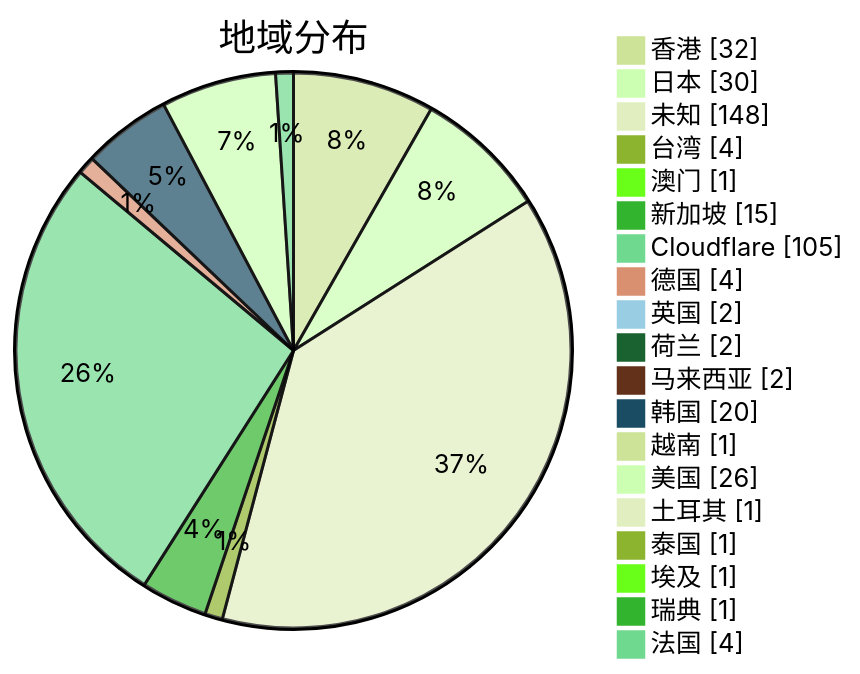
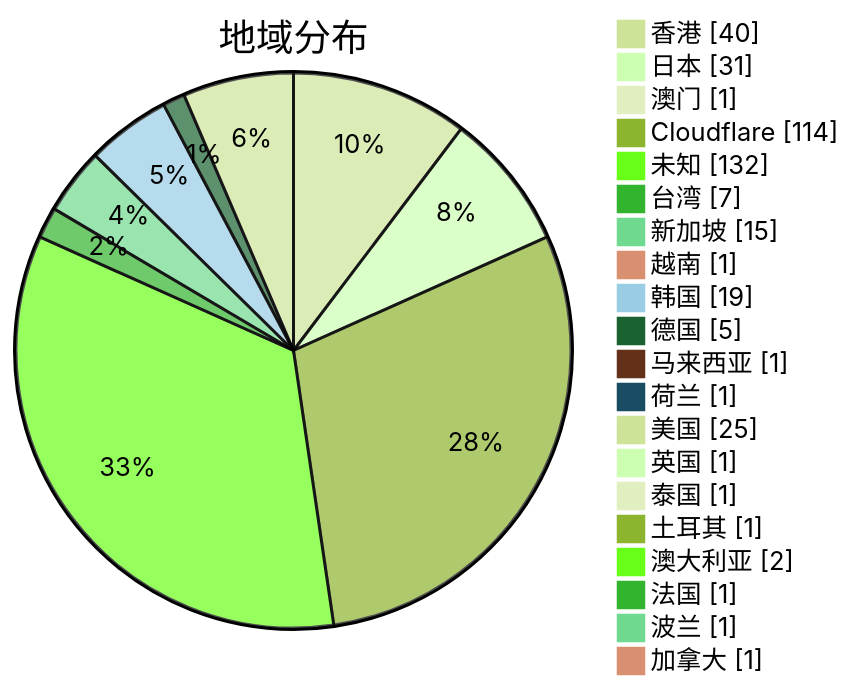
Before and after one commit to qjlxg/airport: the second of 3 diagrams in subs/statistics/tested_within.md, drawn with Mermaid (forest theme). The commit also changed other lines of this file and 2 other files, not shown here.

Commit message:
Tested by metaST

````diff
--- a/subs/statistics/tested_within.md
+++ b/subs/statistics/tested_within.md
@@ -13,23 +13,24 @@
 ```mermaid
 pie showData
 title 地域分布
-"香港" : 32
-"日本" : 30
-"未知" : 148
-"台湾" : 4
+"香港" : 40
+"日本" : 31
 "澳门" : 1
+"Cloudflare" : 114
+"未知" : 132
+"台湾" : 7
 "新加坡" : 15
-"Cloudflare" : 105
-"德国" : 4
-"英国" : 2
-"荷兰" : 2
-"马来西亚" : 2
-"韩国" : 20
 "越南" : 1
-"美国" : 26
+"韩国" : 19
+"德国" : 5
+"马来西亚" : 1
+"荷兰" : 1
+"美国" : 25
+"英国" : 1
+"泰国" : 1
 "土耳其" : 1
-"泰国" : 1
-"埃及" : 1
-"瑞典" : 1
-"法国" : 4
+"澳大利亚" : 2
+"法国" : 1
+"波兰" : 1
+"加拿大" : 1
 ```
````
